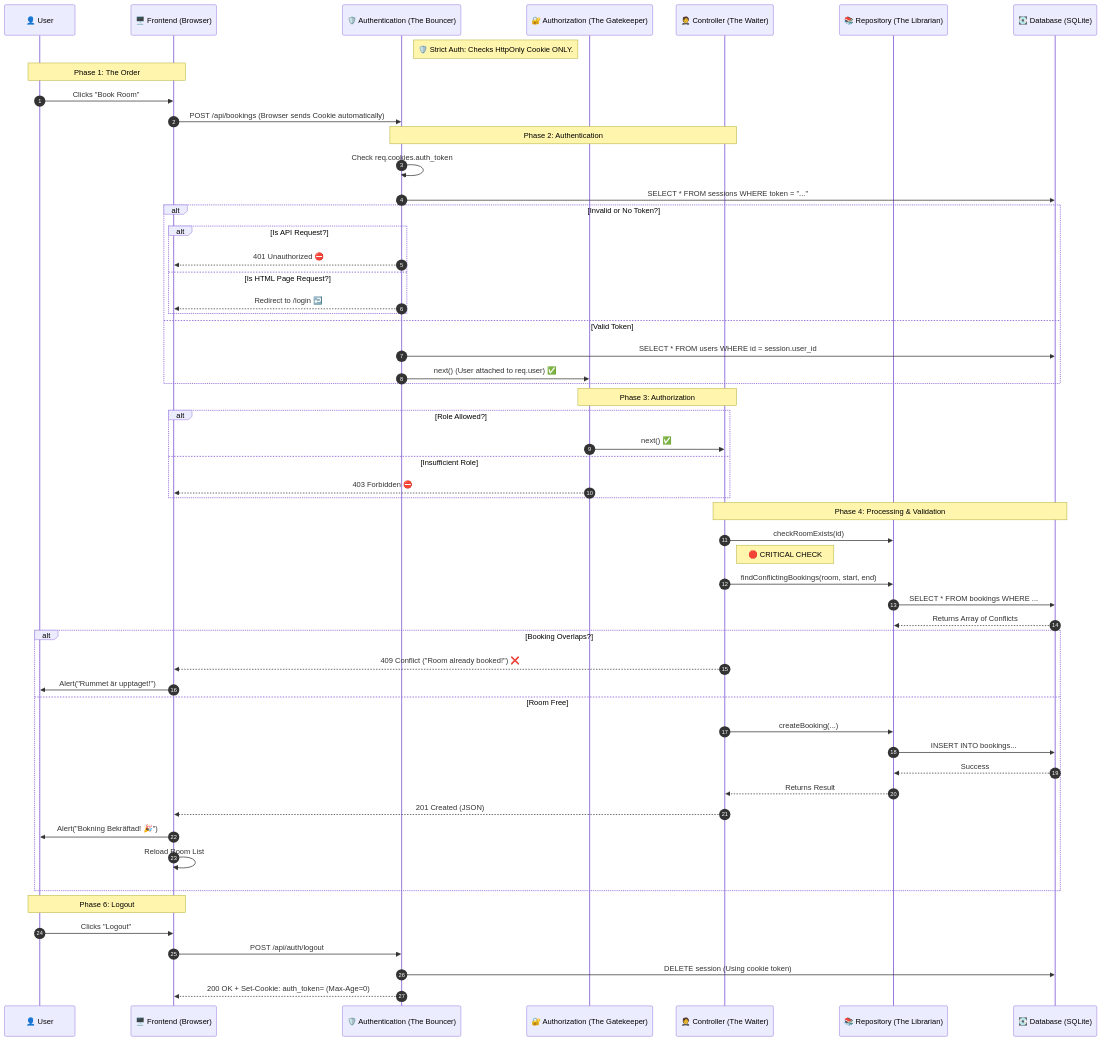
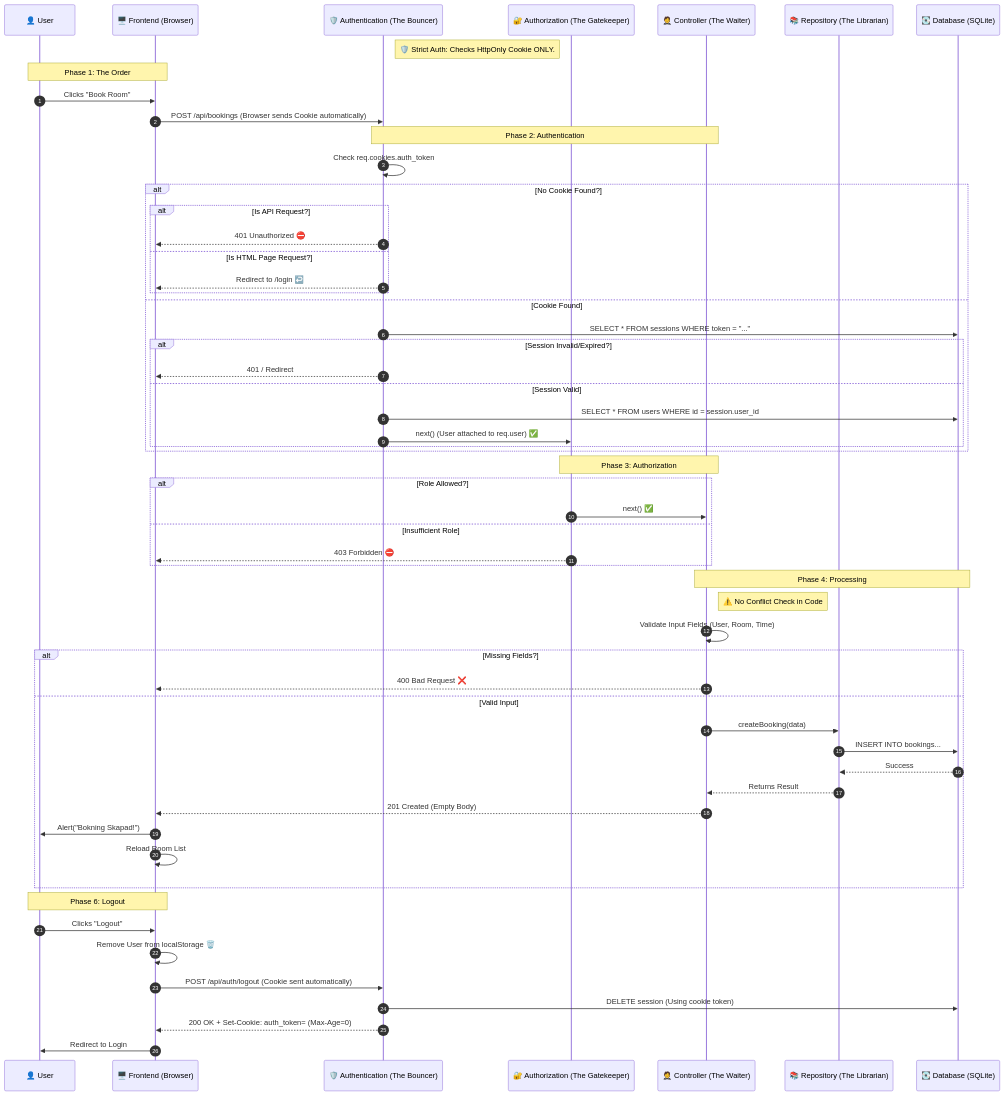
Before and after one commit to discovicke/ella-room-booking-system: the first of 2 diagrams in DIAGRAMS.MD, drawn with Mermaid. The commit also changed other lines of this file, not shown here.

````diff
--- a/DIAGRAMS.MD
+++ b/DIAGRAMS.MD
@@ -3,66 +3,68 @@
 ```mermaid
 sequenceDiagram
     autonumber
     participant User as 👤 User
     participant Frontend as 🖥️ Frontend (Browser)
     participant Auth as 🛡️ Authentication (The Bouncer)
     participant AuthZ as 🔐 Authorization (The Gatekeeper)
     participant Controller as 🤵 Controller (The Waiter)
     participant Repo as 📚 Repository (The Librarian)
     participant DB as 💽 Database (SQLite)
 
     Note right of Auth: 🛡️ Strict Auth: Checks HttpOnly Cookie ONLY.
 
     Note over User, Frontend: Phase 1: The Order
     User->>Frontend: Clicks "Book Room"
     Frontend->>Auth: POST /api/bookings (Browser sends Cookie automatically)
 
     Note over Auth, Controller: Phase 2: Authentication
     Auth->>Auth: Check req.cookies.auth_token
-    Auth->>DB: SELECT * FROM sessions WHERE token = "..."
 
-    alt Invalid or No Token?
+    alt No Cookie Found?
         alt Is API Request?
             Auth-->>Frontend: 401 Unauthorized ⛔
         else Is HTML Page Request?
             Auth-->>Frontend: Redirect to /login ↩️
         end
-    else Valid Token
-        Auth->>DB: SELECT * FROM users WHERE id = session.user_id
-        Auth->>AuthZ: next() (User attached to req.user) ✅
+    else Cookie Found
+        Auth->>DB: SELECT * FROM sessions WHERE token = "..."
+
+        alt Session Invalid/Expired?
+             Auth-->>Frontend: 401 / Redirect
+        else Session Valid
+             Auth->>DB: SELECT * FROM users WHERE id = session.user_id
+             Auth->>AuthZ: next() (User attached to req.user) ✅
+        end
     end
 
     Note over AuthZ, Controller: Phase 3: Authorization
     alt Role Allowed?
         AuthZ->>Controller: next() ✅
     else Insufficient Role
         AuthZ-->>Frontend: 403 Forbidden ⛔
     end
 
-    Note over Controller, DB: Phase 4: Processing & Validation
-    Controller->>Repo: checkRoomExists(id)
+    Note over Controller, DB: Phase 4: Processing
+    Note right of Controller: ⚠️ No Conflict Check in Code
+    Controller->>Controller: Validate Input Fields (User, Room, Time)
 
-    Note right of Controller: 🛑 CRITICAL CHECK
-    Controller->>Repo: findConflictingBookings(room, start, end)
-    Repo->>DB: SELECT * FROM bookings WHERE ...
-    DB-->>Repo: Returns Array of Conflicts
-
-    alt Booking Overlaps?
-        Controller-->>Frontend: 409 Conflict ("Room already booked!") ❌
-        Frontend->>User: Alert("Rummet är upptaget!")
-    else Room Free
-        Controller->>Repo: createBooking(...)
+    alt Missing Fields?
+        Controller-->>Frontend: 400 Bad Request ❌
+    else Valid Input
+        Controller->>Repo: createBooking(data)
         Repo->>DB: INSERT INTO bookings...
         DB-->>Repo: Success
         Repo-->>Controller: Returns Result
-        Controller-->>Frontend: 201 Created (JSON)
-        Frontend->>User: Alert("Bokning Bekräftad! 🎉")
+        Controller-->>Frontend: 201 Created (Empty Body)
+        Frontend->>User: Alert("Bokning Skapad!")
         Frontend->>Frontend: Reload Room List
     end
 
     Note over User, Frontend: Phase 6: Logout
     User->>Frontend: Clicks "Logout"
-    Frontend->>Auth: POST /api/auth/logout
+    Frontend->>Frontend: Remove User from localStorage 🗑️
+    Frontend->>Auth: POST /api/auth/logout (Cookie sent automatically)
     Auth->>DB: DELETE session (Using cookie token)
     Auth-->>Frontend: 200 OK + Set-Cookie: auth_token= (Max-Age=0)
+    Frontend->>User: Redirect to Login
 ```
````
